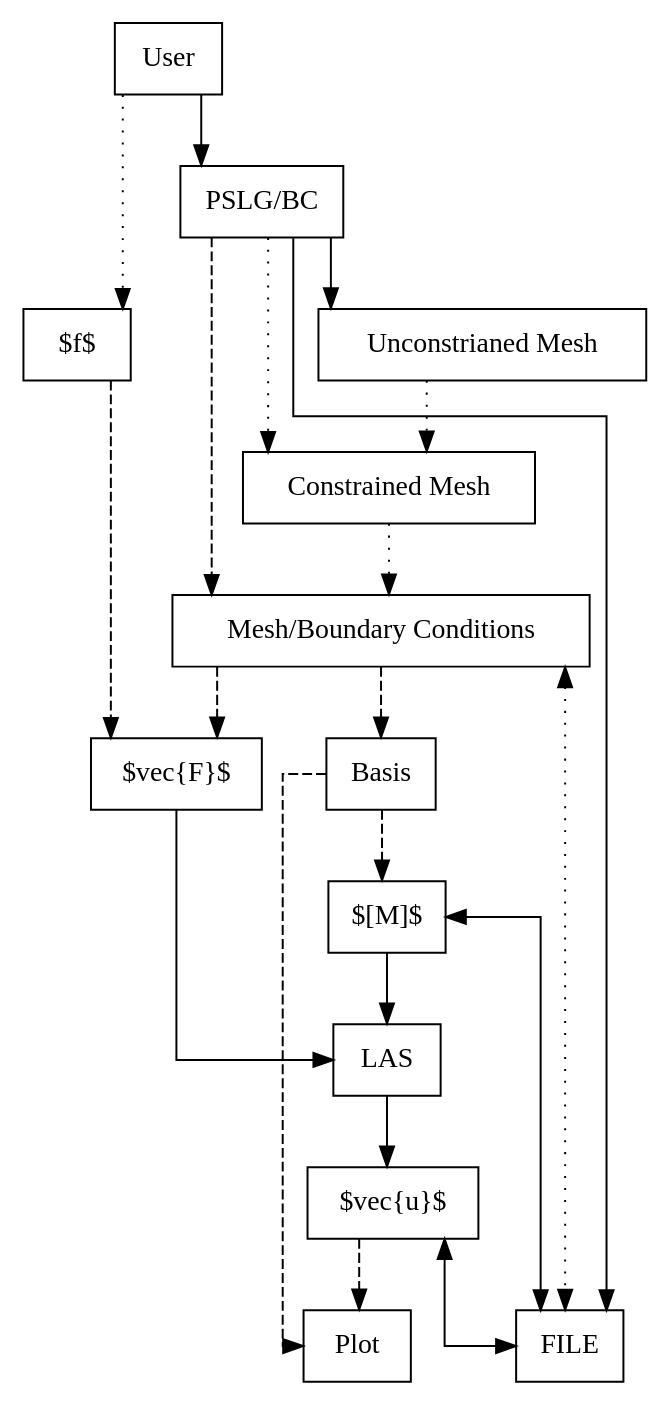
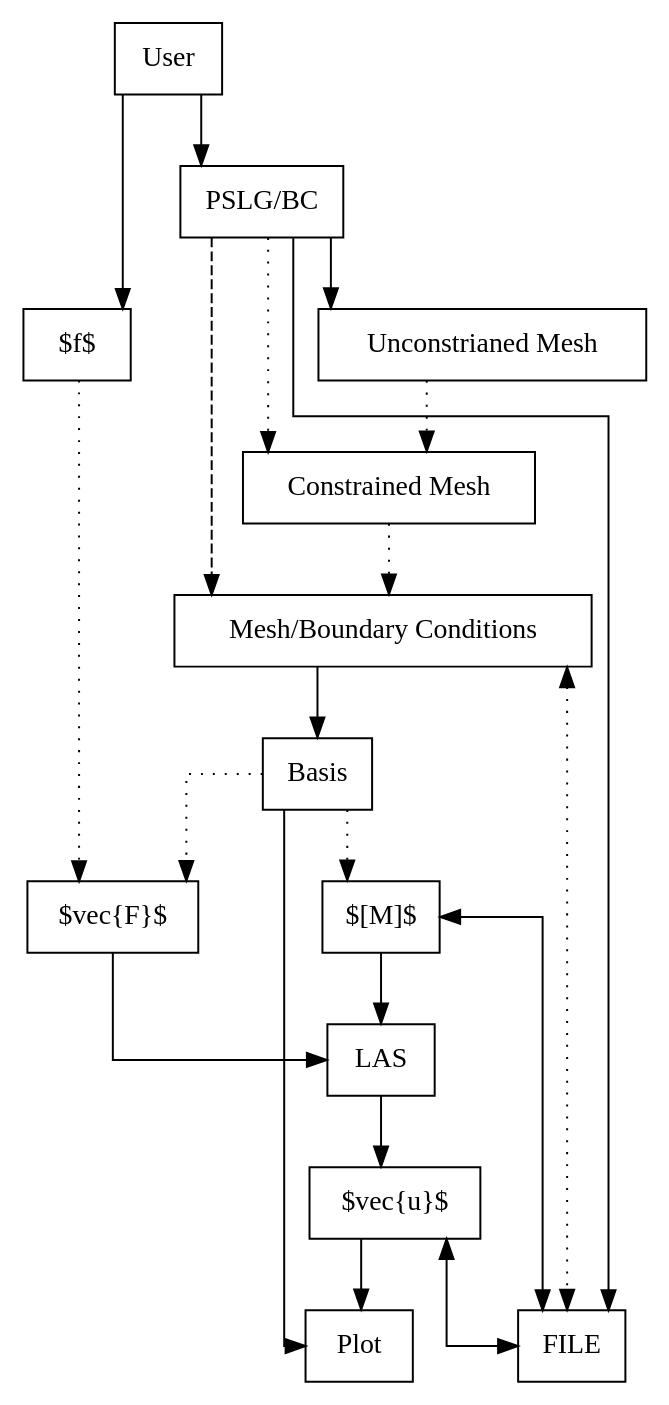
Before and after one commit to Nedra1998/FEM: the diagram in spring/layout.dot, drawn with Graphviz. The commit also changed 2 other files, not shown here.

```diff
--- a/spring/layout.dot
+++ b/spring/layout.dot
@@ -1,43 +1,43 @@
 //
 // layout.dot
 //
 // Created on 31-01-2019 by arden
 //
 digraph FEM {
   user [label="User" shape=box];
   pslg [label="PSLG/BC" shape=box];
   ucmesh [label="Unconstrianed Mesh",shape=box];
   cmesh [label="Constrained Mesh",shape=box];
   mesh [label="Mesh/Boundary Conditions" shape=box];
   f [label="$f$" shape=box];
   basis [label="Basis" shape=box];
   fv [label="$\vec{F}$" shape=box];
   matrix [label="$[M]$" shape=box];
   las [label="LAS" shape=box];
   uv [label="$\vec{u}$" shape=box];
   plot [label="Plot" shape=box];
   file [label="FILE" shape=box];
 
   splines=ortho;
 
   user -> pslg[style=solid];
-  user -> f[style=dotted];
+  user -> f[style=solid];
   pslg -> ucmesh[style=solid];
   ucmesh -> cmesh[style=dotted];
   cmesh -> mesh[style=dotted];
   pslg -> cmesh[style=dotted];
   pslg -> mesh[style=dashed];
   pslg -> file[style=solid];
   mesh -> file[style=dotted,dir=both];
   matrix -> file[style=solid,dir=both];
   uv -> file[style=solid,dir=both];
-  mesh -> basis[style=dashed];
-  f -> fv[style=dashed]
-  mesh -> fv[style=dashed]
-  basis -> matrix[style=dashed];
+  mesh -> basis[style=solid];
+  f -> fv[style=dotted]
+  basis -> fv[style=dotted]
+  basis -> matrix[style=dotted];
   fv -> las[style=solid];
   matrix -> las[style=solid];
   las -> uv[style=solid];
-  uv -> plot[style=dashed];
-  basis -> plot[style=dashed];
+  uv -> plot[style=solid];
+  basis -> plot[style=solid];
 }
```
